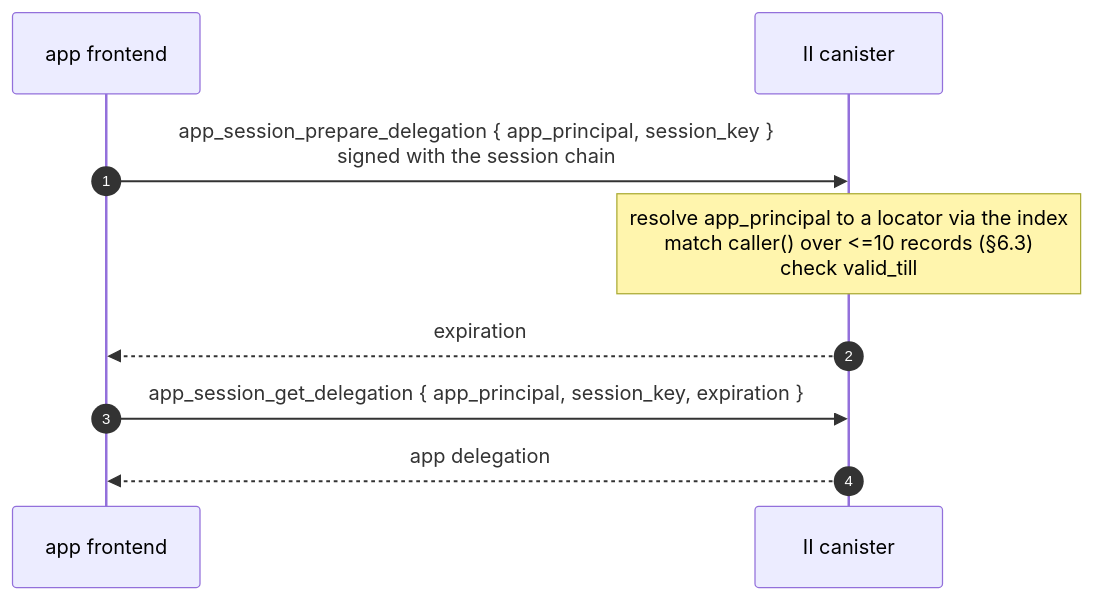
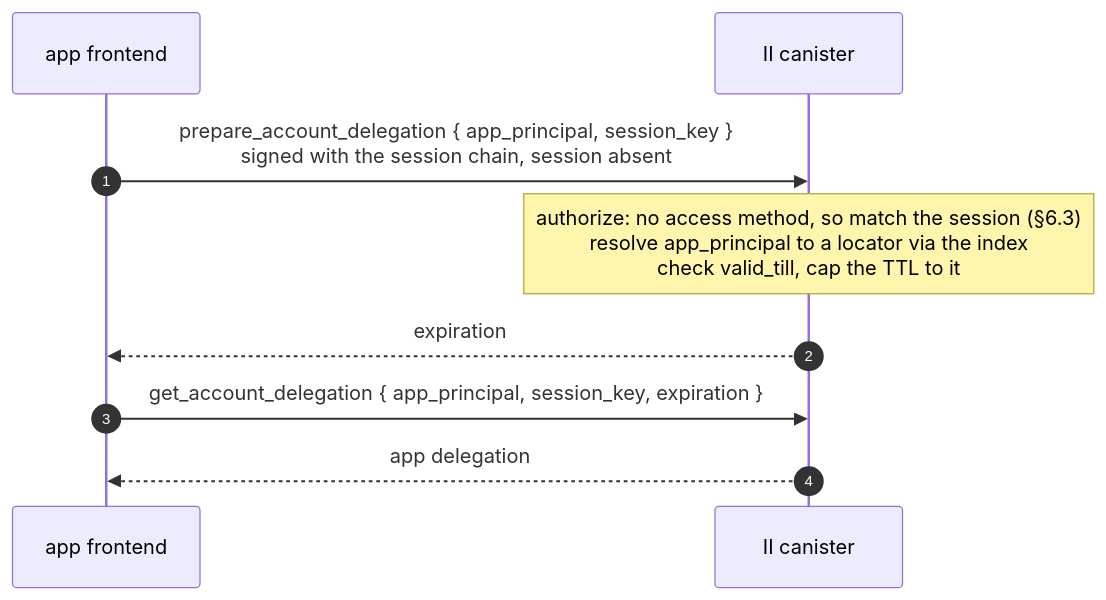
One commit to dfinity/internet-identity changed the fifth of 7 diagrams in docs/ongoing/revocable-app-sessions.md. Above: the diagram before and after it, drawn with Mermaid. The commit also changed other lines of this file, not shown here.

````diff
--- a/docs/ongoing/revocable-app-sessions.md
+++ b/docs/ongoing/revocable-app-sessions.md
@@ -280,11 +254,11 @@
 ```mermaid
 sequenceDiagram
     autonumber
     participant App as app frontend
     participant IIC as II canister
-    App->>IIC: app_session_prepare_delegation { app_principal, session_key }<br/>signed with the session chain
-    Note over IIC: resolve app_principal to a locator via the index<br/>match caller() over <=10 records (§6.3)<br/>check valid_till
+    App->>IIC: prepare_account_delegation { app_principal, session_key }<br/>signed with the session chain, session absent
+    Note over IIC: authorize: no access method, so match the session (§6.3)<br/>resolve app_principal to a locator via the index<br/>check valid_till, cap the TTL to it
     IIC-->>App: expiration
-    App->>IIC: app_session_get_delegation { app_principal, session_key, expiration }
+    App->>IIC: get_account_delegation { app_principal, session_key, expiration }
     IIC-->>App: app delegation
 ```
````
